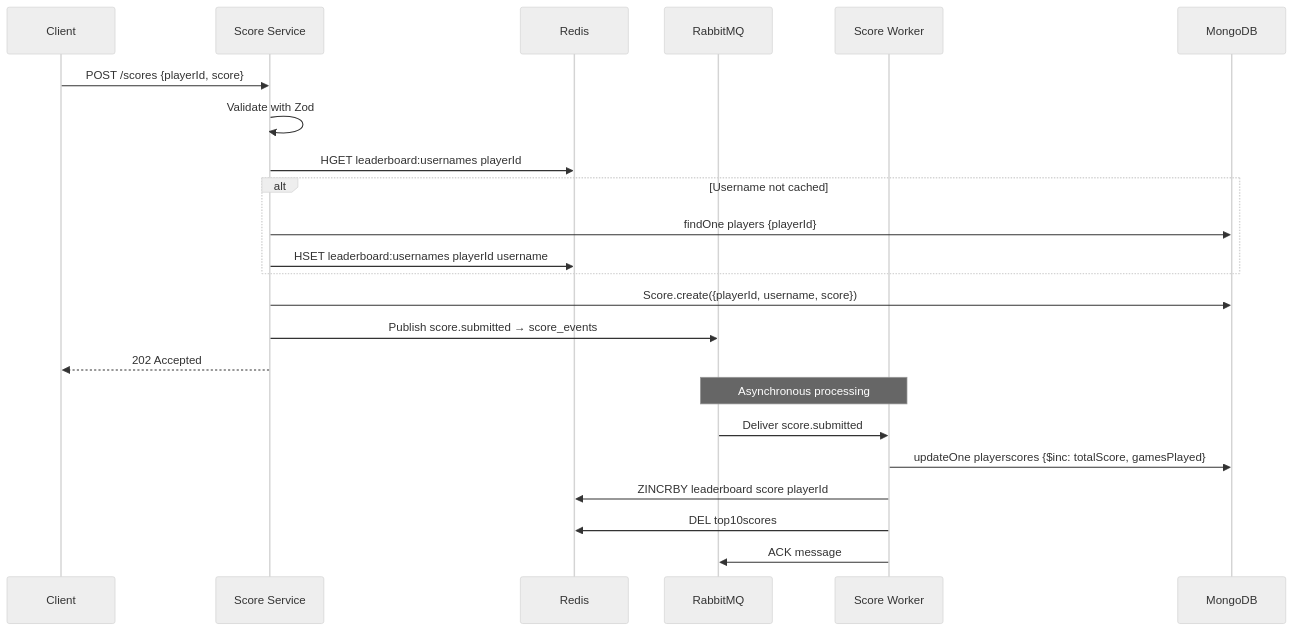
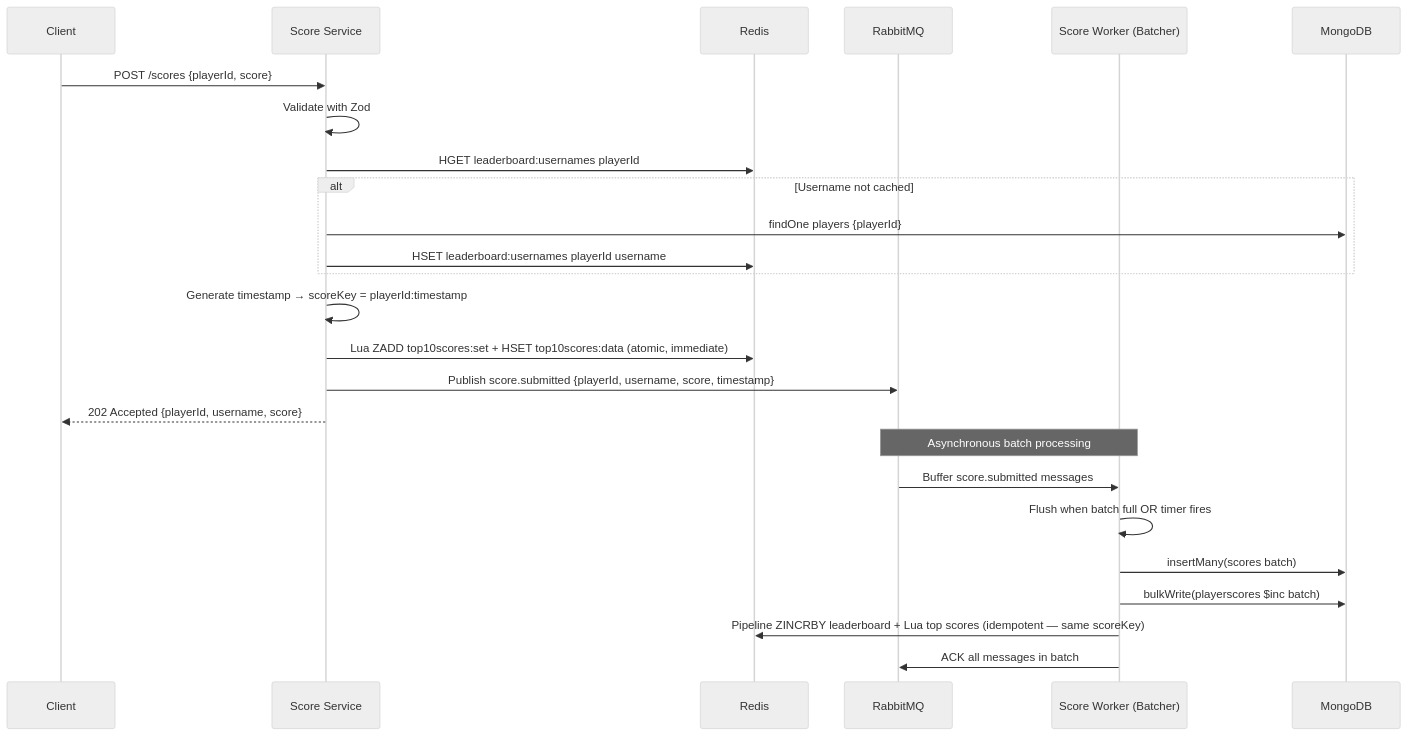
One commit to AmitOfir4/Whalo-Backend-Exam changed the second of 10 diagrams in docs/architecture.md. Above: the diagram before and after it, drawn with Mermaid (neutral theme). The commit also changed other lines of this file and 13 other files, not shown here.

````diff
--- a/docs/architecture.md
+++ b/docs/architecture.md
@@ -55,28 +55,30 @@
 ```mermaid
 sequenceDiagram
     participant C as Client
     participant SS as Score Service
     participant Redis as Redis
     participant RMQ as RabbitMQ
-    participant SW as Score Worker
+    participant SW as Score Worker (Batcher)
     participant DB as MongoDB
 
     C->>SS: POST /scores {playerId, score}
     SS->>SS: Validate with Zod
     SS->>Redis: HGET leaderboard:usernames playerId
     alt Username not cached
         SS->>DB: findOne players {playerId}
         SS->>Redis: HSET leaderboard:usernames playerId username
     end
-    SS->>DB: Score.create({playerId, username, score})
-    SS->>RMQ: Publish score.submitted → score_events
-    SS-->>C: 202 Accepted
+    SS->>SS: Generate timestamp → scoreKey = playerId:timestamp
+    SS->>Redis: Lua ZADD top10scores:set + HSET top10scores:data (atomic, immediate)
+    SS->>RMQ: Publish score.submitted {playerId, username, score, timestamp}
+    SS-->>C: 202 Accepted {playerId, username, score}
 
-    Note over RMQ,SW: Asynchronous processing
+    Note over RMQ,SW: Asynchronous batch processing
 
-    RMQ->>SW: Deliver score.submitted
-    SW->>DB: updateOne playerscores {$inc: totalScore, gamesPlayed}
-    SW->>Redis: ZINCRBY leaderboard score playerId
-    SW->>Redis: DEL top10scores
-    SW->>RMQ: ACK message
+    RMQ->>SW: Buffer score.submitted messages
+    SW->>SW: Flush when batch full OR timer fires
+    SW->>DB: insertMany(scores batch)
+    SW->>DB: bulkWrite(playerscores $inc batch)
+    SW->>Redis: Pipeline ZINCRBY leaderboard + Lua top scores (idempotent — same scoreKey)
+    SW->>RMQ: ACK all messages in batch
 ```
````
